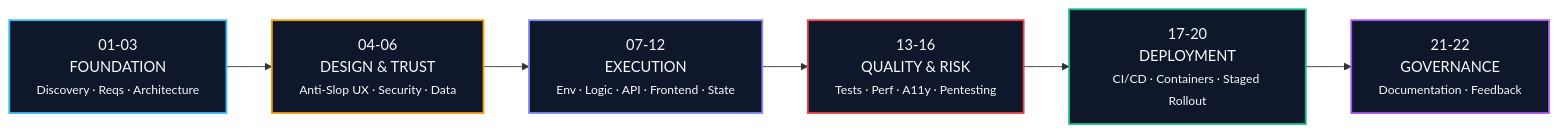
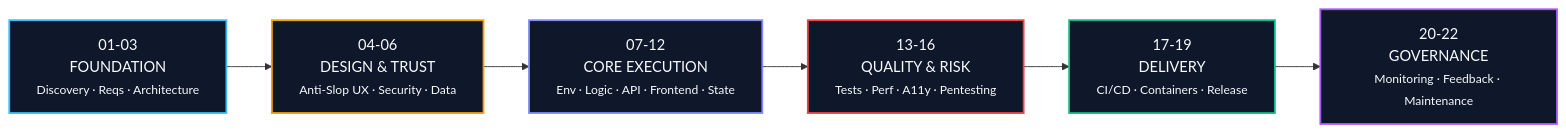
The second of 3 diagrams in README.md (MK-1603/OpenClone), drawn with Mermaid before and after one commit. The commit also changed other lines of this file, not shown here.

Commit message:
docs(readme): upgrade root README to OpenClone 3.0 documentation standard

````diff
--- a/README.md
+++ b/README.md
@@ -386,15 +208,15 @@
 ```mermaid
 flowchart LR
-    P1["01-03<br/>FOUNDATION<br/><small>Discovery · Reqs · Architecture</small>"] --> P2["04-06<br/>DESIGN & TRUST<br/><small>Anti-Slop UX · Security · Data</small>"]
-    P2 --> P3["07-12<br/>EXECUTION<br/><small>Env · Logic · API · Frontend · State</small>"]
-    P3 --> P4["13-16<br/>QUALITY & RISK<br/><small>Tests · Perf · A11y · Pentesting</small>"]
-    P4 --> P5["17-20<br/>DEPLOYMENT<br/><small>CI/CD · Containers · Staged Rollout</small>"]
-    P5 --> P6["21-22<br/>GOVERNANCE<br/><small>Documentation · Feedback</small>"]
+    G1["01-03<br/>FOUNDATION<br/><small>Discovery · Reqs · Architecture</small>"] --> G2["04-06<br/>DESIGN & TRUST<br/><small>Anti-Slop UX · Security · Data</small>"]
+    G2 --> G3["07-12<br/>CORE EXECUTION<br/><small>Env · Logic · API · Frontend · State</small>"]
+    G3 --> G4["13-16<br/>QUALITY & RISK<br/><small>Tests · Perf · A11y · Pentesting</small>"]
+    G4 --> G5["17-19<br/>DELIVERY<br/><small>CI/CD · Containers · Release</small>"]
+    G5 --> G6["20-22<br/>GOVERNANCE<br/><small>Monitoring · Feedback · Maintenance</small>"]
 
-    style P1 fill:#0f172a,stroke:#38bdf8,stroke-width:2px,color:#f8fafc
-    style P2 fill:#0f172a,stroke:#f59e0b,stroke-width:2px,color:#f8fafc
-    style P3 fill:#0f172a,stroke:#818cf8,stroke-width:2px,color:#f8fafc
-    style P4 fill:#0f172a,stroke:#ef4444,stroke-width:2px,color:#f8fafc
-    style P5 fill:#0f172a,stroke:#10b981,stroke-width:2px,color:#f8fafc
-    style P6 fill:#0f172a,stroke:#a855f7,stroke-width:2px,color:#f8fafc
+    style G1 fill:#0f172a,stroke:#38bdf8,stroke-width:2px,color:#f8fafc
+    style G2 fill:#0f172a,stroke:#f59e0b,stroke-width:2px,color:#f8fafc
+    style G3 fill:#0f172a,stroke:#818cf8,stroke-width:2px,color:#f8fafc
+    style G4 fill:#0f172a,stroke:#ef4444,stroke-width:2px,color:#f8fafc
+    style G5 fill:#0f172a,stroke:#10b981,stroke-width:2px,color:#f8fafc
+    style G6 fill:#0f172a,stroke:#a855f7,stroke-width:2px,color:#f8fafc
 ```
````
